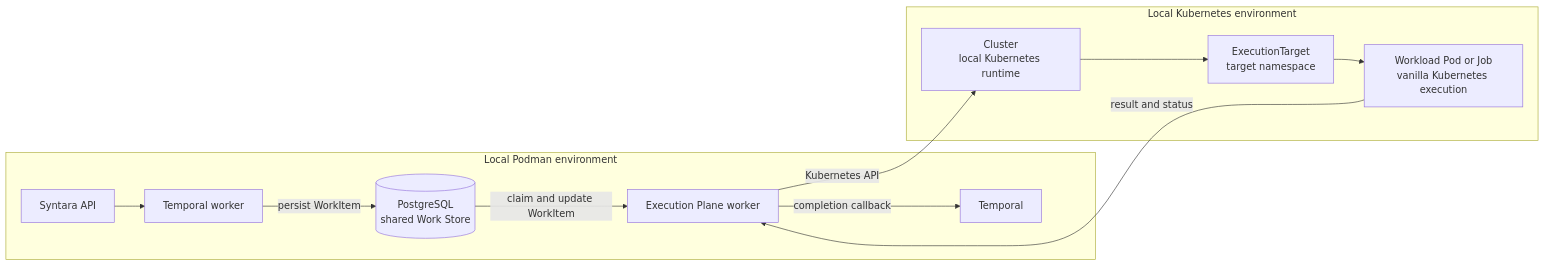
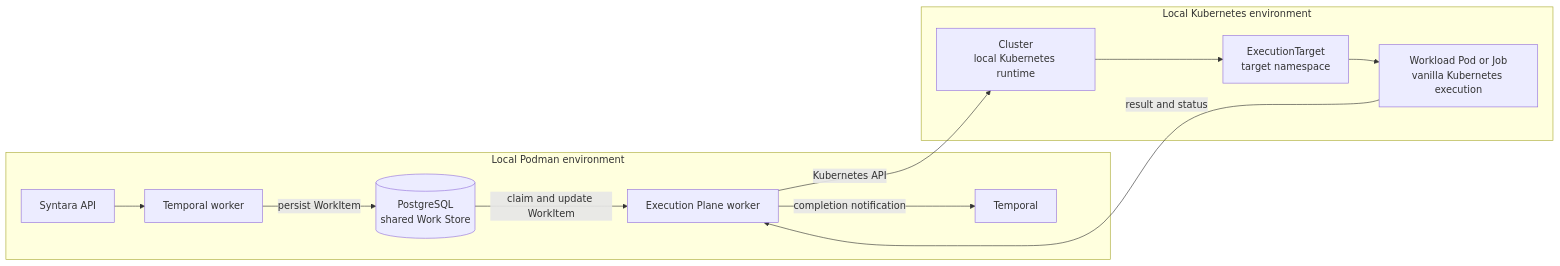
The first of 5 diagrams in docs/kubernetes-local-development.md (AlanCoding/syntara-execution-plane), drawn with Mermaid before and after one commit. The commit also changed 22 other files, not shown here.

````diff
--- a/docs/kubernetes-local-development.md
+++ b/docs/kubernetes-local-development.md
@@ -45,25 +45,25 @@
 ```mermaid
 flowchart LR
     subgraph Podman[Local Podman environment]
         S[Syntara API]
         TW[Temporal worker]
         EP[Execution Plane worker]
         DB[(PostgreSQL\nshared Work Store)]
         T[Temporal]
     end
 
     subgraph Kubernetes[Local Kubernetes environment]
         C[Cluster\nlocal Kubernetes runtime]
         NS[ExecutionTarget\ntarget namespace]
         W[Workload Pod or Job\nvanilla Kubernetes execution]
     end
 
     S --> TW
     TW -->|persist WorkItem| DB
     DB -->|claim and update WorkItem| EP
-    EP -->|completion callback| T
+    EP -->|completion notification| T
     EP -->|Kubernetes API| C
     C --> NS
     NS --> W
     W -->|result and status| EP
 ```
````
